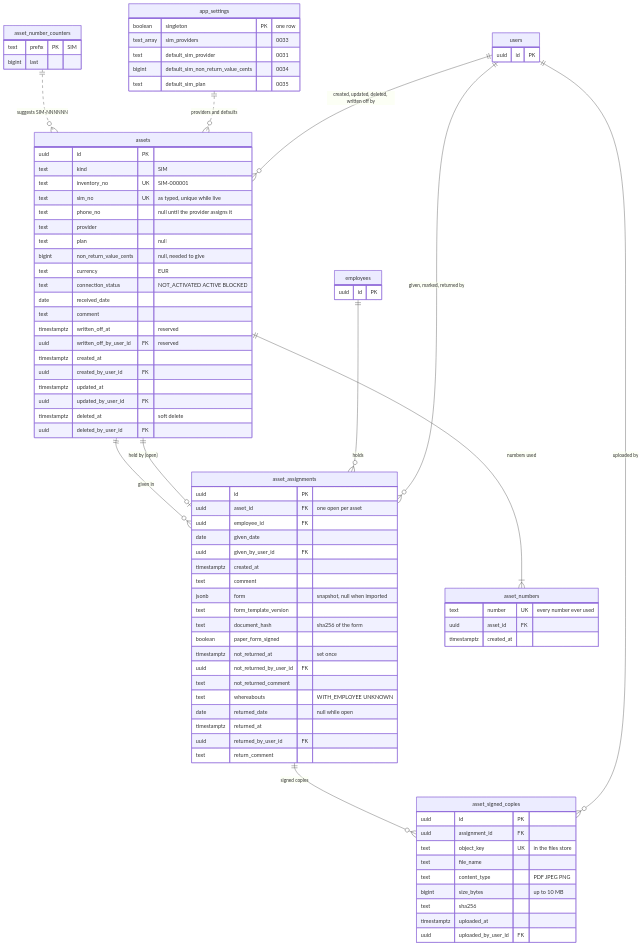
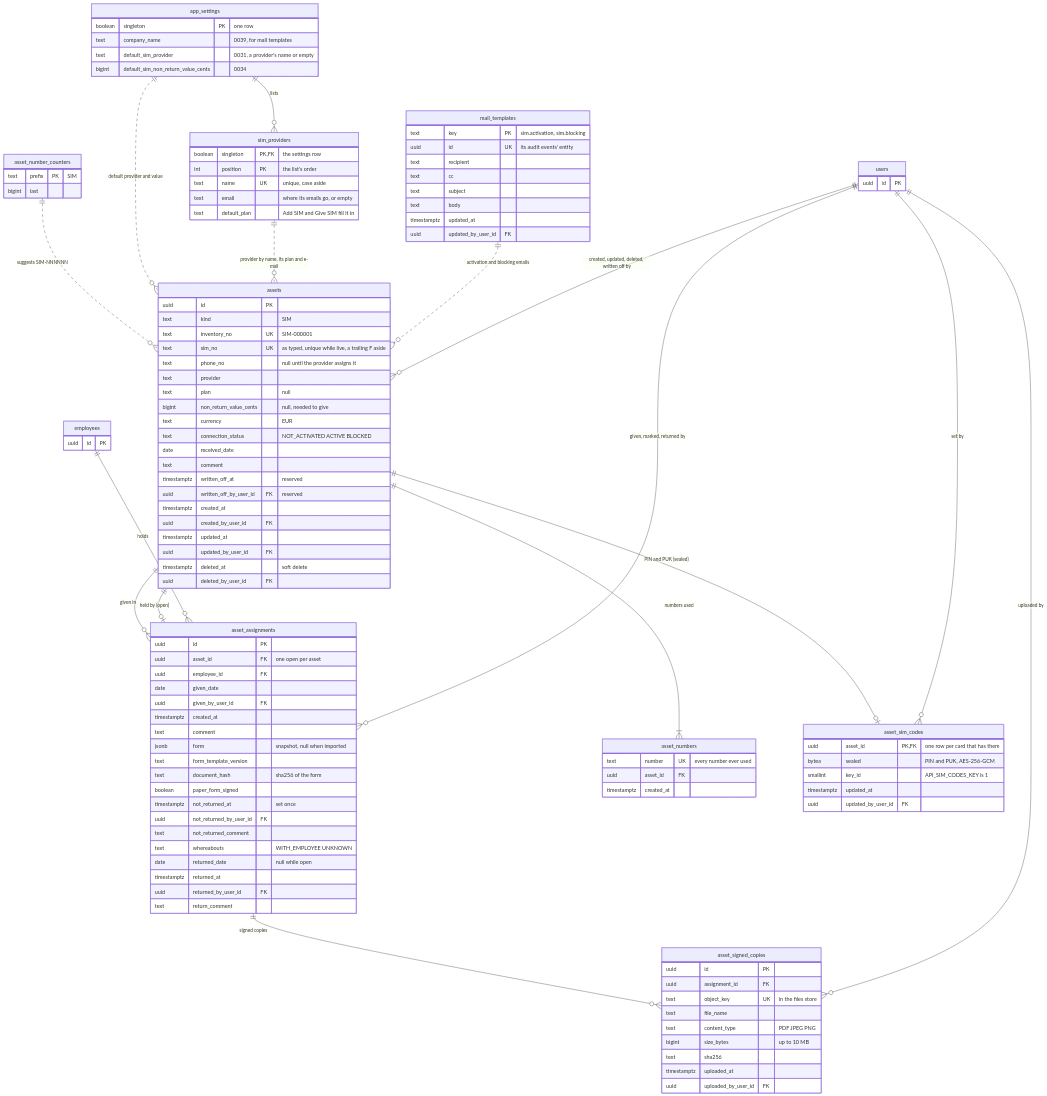
Before and after one commit to remisb/ppe-next2: the diagram in docs/architecture/sim-card-er-diagram.md, drawn with Mermaid. The commit also changed other lines of this file and 3 other files, not shown here.

First line of the commit message:
Docs: SIM card state machine and ER diagram brought up to date

```diff
--- a/docs/architecture/sim-card-er-diagram.md
+++ b/docs/architecture/sim-card-er-diagram.md
@@ -24,17 +33,22 @@
   employees ||--o{ asset_assignments : "holds"
   asset_assignments ||--o{ asset_signed_copies : "signed copies"
   assets ||--|{ asset_numbers : "numbers used"
+  assets ||--o| asset_sim_codes : "PIN and PUK (sealed)"
   asset_number_counters ||..o{ assets : "suggests SIM-NNNNNN"
-  app_settings ||..o{ assets : "providers and defaults"
+  app_settings ||..o{ assets : "default provider and value"
+  app_settings ||--o{ sim_providers : "lists"
+  sim_providers ||..o{ assets : "provider by name, its plan and e-mail"
+  mail_templates ||..o{ assets : "activation and blocking emails"
   users ||--o{ assets : "created, updated, deleted, written off by"
   users ||--o{ asset_assignments : "given, marked, returned by"
   users ||--o{ asset_signed_copies : "uploaded by"
+  users ||--o{ asset_sim_codes : "set by"
 
   assets {
     uuid id PK
     text kind "SIM"
     text inventory_no UK "SIM-000001"
-    text sim_no UK "as typed, unique while live"
+    text sim_no UK "as typed, unique while live, a trailing F aside"
     text phone_no "null until the provider assigns it"
     text provider
     text plan "null"
@@ -87,6 +101,14 @@
     uuid uploaded_by_user_id FK
   }
 
+  asset_sim_codes {
+    uuid asset_id PK, FK "one row per card that has them"
+    bytea sealed "PIN and PUK, AES-256-GCM"
+    smallint key_id "API_SIM_CODES_KEY is 1"
+    timestamptz updated_at
+    uuid updated_by_user_id FK
+  }
+
   asset_numbers {
     text number UK "every number ever used"
     uuid asset_id FK
@@ -100,10 +122,28 @@
 
   app_settings {
     boolean singleton PK "one row"
-    text_array sim_providers "0033"
-    text default_sim_provider "0031"
+    text company_name "0039, for mail templates"
+    text default_sim_provider "0031, a provider's name or empty"
     bigint default_sim_non_return_value_cents "0034"
-    text default_sim_plan "0035"
+  }
+
+  sim_providers {
+    boolean singleton PK, FK "the settings row"
+    int position PK "the list's order"
+    text name UK "unique, case aside"
+    text email "where its emails go, or empty"
+    text default_plan "Add SIM and Give SIM fill it in"
+  }
+
+  mail_templates {
+    text key PK "sim.activation, sim.blocking"
+    uuid id UK "its audit events' entity"
+    text recipient
+    text cc
+    text subject
+    text body
+    timestamptz updated_at
+    uuid updated_by_user_id FK
   }
 
   employees {
```
